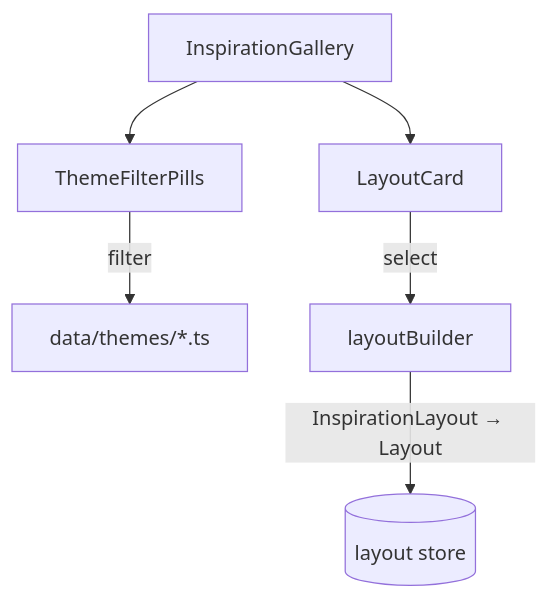
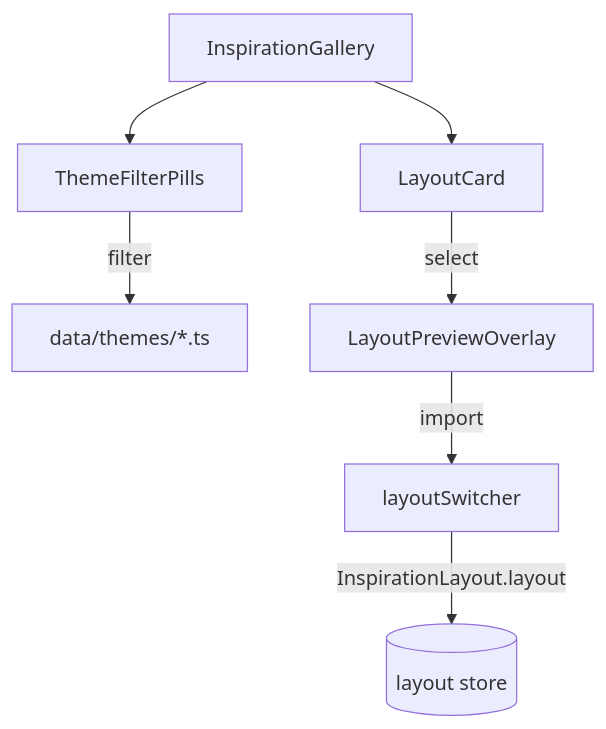
Before and after one commit to andymai/gridfinity-layout-tool: the diagram in src/features/inspiration-gallery/README.md, drawn with Mermaid. The commit also changed other lines of this file and 14 other files, not shown here.

````diff
--- a/src/features/inspiration-gallery/README.md
+++ b/src/features/inspiration-gallery/README.md
@@ -5,7 +5,8 @@
 ```mermaid
 graph TB
     IG[InspirationGallery] --> TFP[ThemeFilterPills] & LC[LayoutCard]
     TFP -->|filter| DATA[data/themes/*.ts]
-    LC -->|select| LB[layoutBuilder]
-    LB -->|InspirationLayout → Layout| LAY[(layout store)]
+    LC -->|select| LPO[LayoutPreviewOverlay]
+    LPO -->|import| LS[layoutSwitcher]
+    LS -->|InspirationLayout.layout| LAY[(layout store)]
 ```
````
